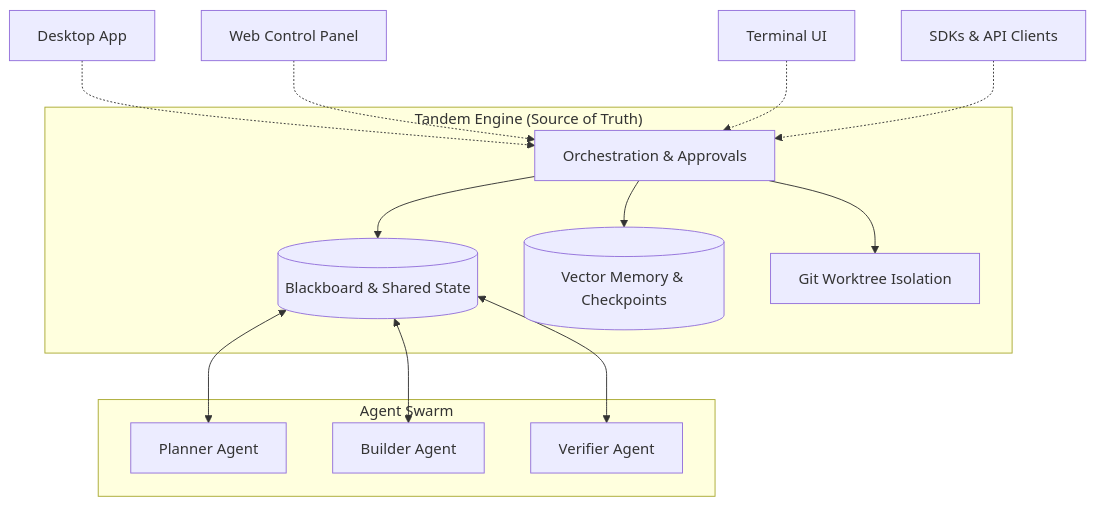
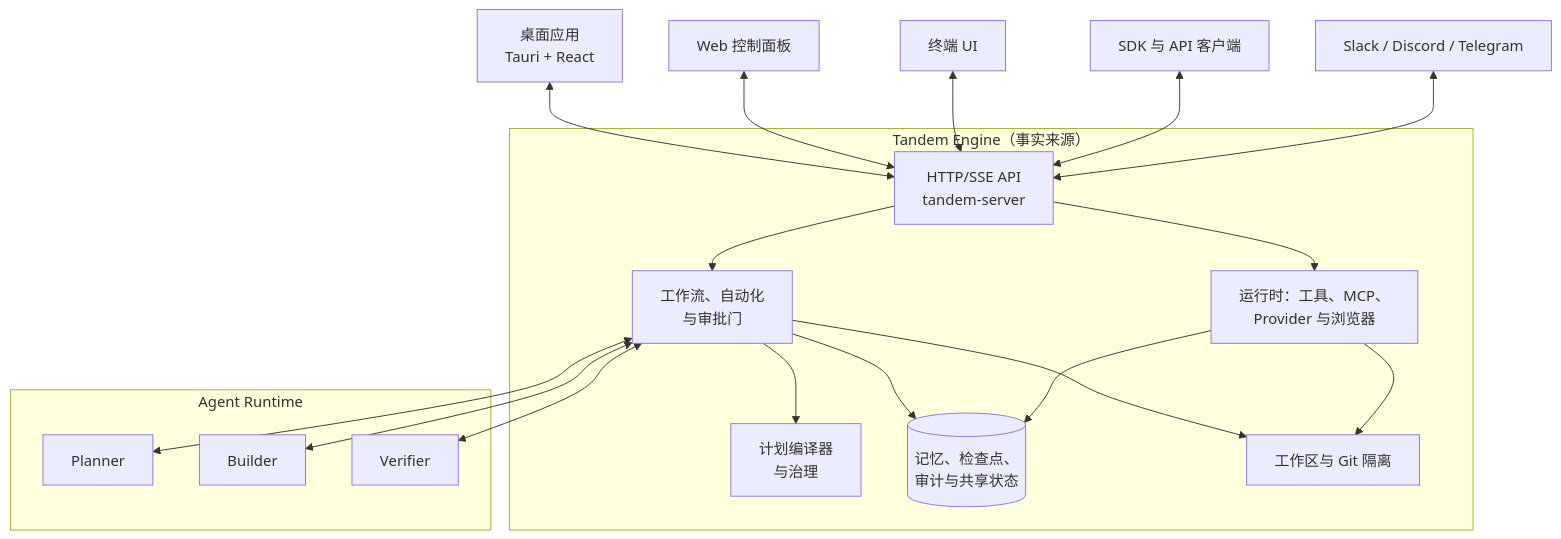
The diagram in README.zh-CN.md (frumu-ai/tandem), drawn with Mermaid before and after one commit. The commit also changed 1 other file, not shown here.

Commit message:
Update README architecture diagrams

````diff
--- a/README.zh-CN.md
+++ b/README.zh-CN.md
@@ -45,34 +45,42 @@
 ```mermaid
-graph TD
+flowchart TD
     %% Clients
-    Desktop[Desktop App]
-    ControlPanel[Web Control Panel]
-    TUI[Terminal UI]
-    API[SDKs & API Clients]
+    Desktop[桌面应用<br/>Tauri + React]
+    ControlPanel[Web 控制面板]
+    TUI[终端 UI]
+    API[SDK 与 API 客户端]
+    Channels[Slack / Discord / Telegram]
 
-    subgraph "Tandem Engine (Source of Truth)"
-        Orchestrator[Orchestration & Approvals]
-        Blackboard[(Blackboard & Shared State)]
-        Memory[(Vector Memory & Checkpoints)]
-        Worktrees[Git Worktree Isolation]
+    subgraph "Tandem Engine（事实来源）"
+        EngineAPI[HTTP/SSE API<br/>tandem-server]
+        Automations[工作流、自动化<br/>与审批门]
+        Governance[计划编译器<br/>与治理]
+        Runtime[运行时：工具、MCP、<br/>Provider 与浏览器]
+        State[(记忆、检查点、<br/>审计与共享状态)]
+        Workspace[工作区与 Git 隔离]
     end
 
-    subgraph "Agent Swarm"
-        Planner[Planner Agent]
-        Builder[Builder Agent]
-        Validator[Verifier Agent]
+    subgraph "Agent Runtime"
+        Planner[Planner]
+        Builder[Builder]
+        Verifier[Verifier]
     end
 
-    Desktop -.-> Orchestrator
-    ControlPanel -.-> Orchestrator
-    TUI -.-> Orchestrator
-    API -.-> Orchestrator
+    Desktop <--> EngineAPI
+    ControlPanel <--> EngineAPI
+    TUI <--> EngineAPI
+    API <--> EngineAPI
+    Channels <--> EngineAPI
 
-    Orchestrator --> Blackboard
-    Orchestrator --> Memory
-    Orchestrator --> Worktrees
+    EngineAPI --> Automations
+    EngineAPI --> Runtime
+    Automations --> Governance
+    Automations --> State
+    Automations --> Workspace
+    Runtime --> State
+    Runtime --> Workspace
 
-    Blackboard <--> Planner
-    Blackboard <--> Builder
-    Blackboard <--> Validator
+    Automations <--> Planner
+    Automations <--> Builder
+    Automations <--> Verifier
 ```
````
